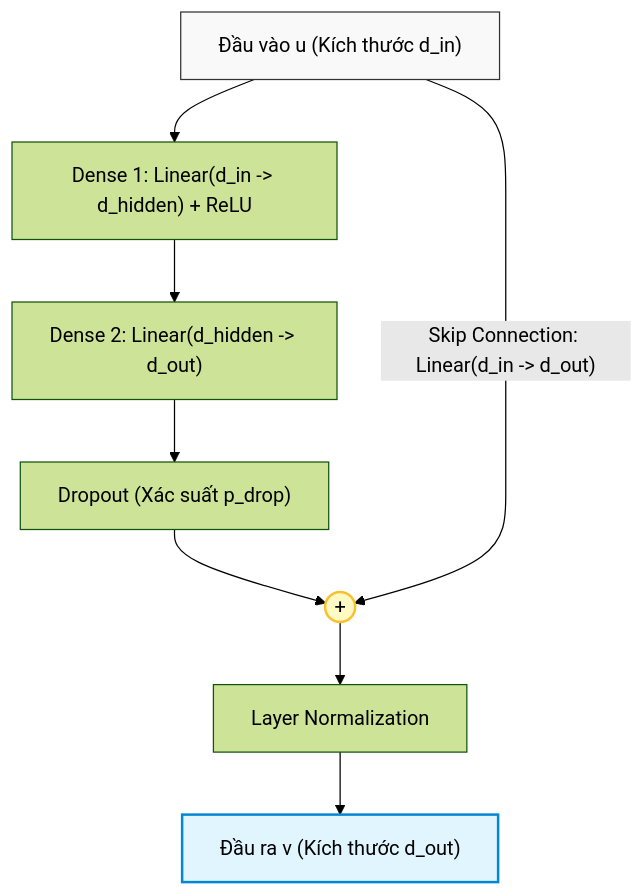
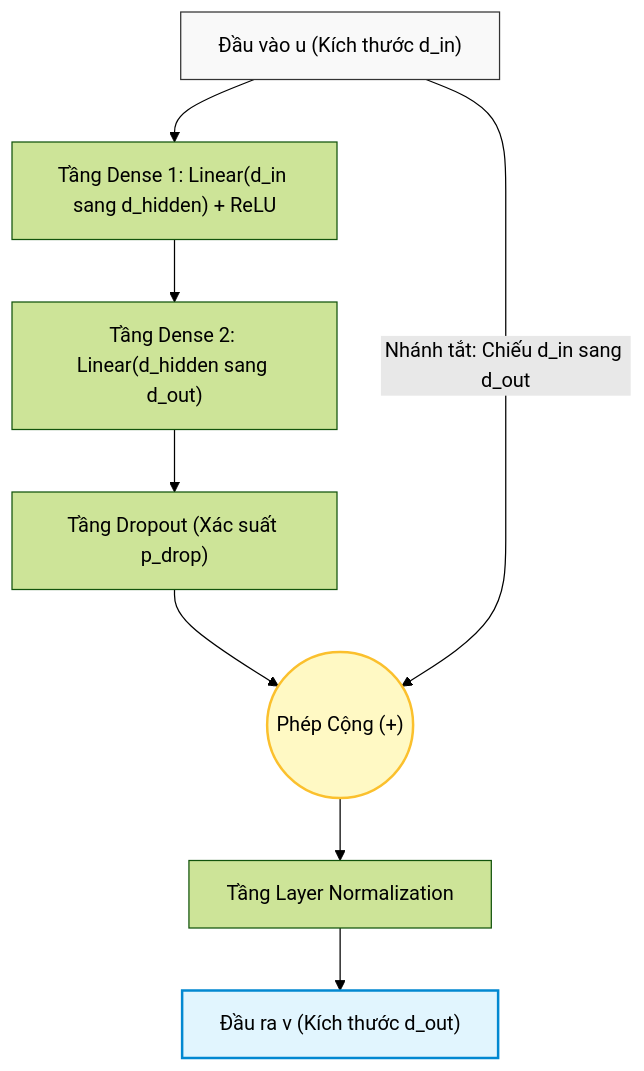
Before and after one commit to snowflake-vibing/Project-Experimental-TiDE: the second of 2 diagrams in tasks-Hieu/sprint-1/01_architecture_diagram.md, drawn with Mermaid (forest theme). The commit also changed other lines of this file, not shown here.

Commit message:
fix(docs): standardize Mermaid linebreaks and wrap symbols in backtick math in 01_architecture_diagram.md

````diff
--- a/tasks-Hieu/sprint-1/01_architecture_diagram.md
+++ b/tasks-Hieu/sprint-1/01_architecture_diagram.md
@@ -102,15 +102,15 @@
 ```mermaid
 graph TD
-    In["Đầu vào u (Kích thước d_in)"] --> Dense1["Dense 1: Linear(d_in -> d_hidden) + ReLU"]
-    Dense1 --> Dense2["Dense 2: Linear(d_hidden -> d_out)"]
-    Dense2 --> Drop["Dropout (Xác suất p_drop)"]
-    Drop --> Add((+))
+    In["Đầu vào u (Kích thước d_in)"] --> Dense1["Tầng Dense 1: Linear(d_in sang d_hidden) + ReLU"]
+    Dense1 --> Dense2["Tầng Dense 2: Linear(d_hidden sang d_out)"]
+    Dense2 --> Drop["Tầng Dropout (Xác suất p_drop)"]
+    Drop --> Add(("Phép Cộng (+)"))
     
-    In -->|"Skip Connection: Linear(d_in -> d_out)"| Add
-    Add --> LN["Layer Normalization"]
+    In -->|"Nhánh tắt: Chiếu d_in sang d_out"| Add
+    Add --> LN["Tầng Layer Normalization"]
     LN --> Out["Đầu ra v (Kích thước d_out)"]
 
     style In fill:#f9f9f9,stroke:#333,stroke-width:1px
     style Out fill:#e1f5fe,stroke:#0288d1,stroke-width:2px
     style Add fill:#fff9c4,stroke:#fbc02d,stroke-width:2px
 ```
````
